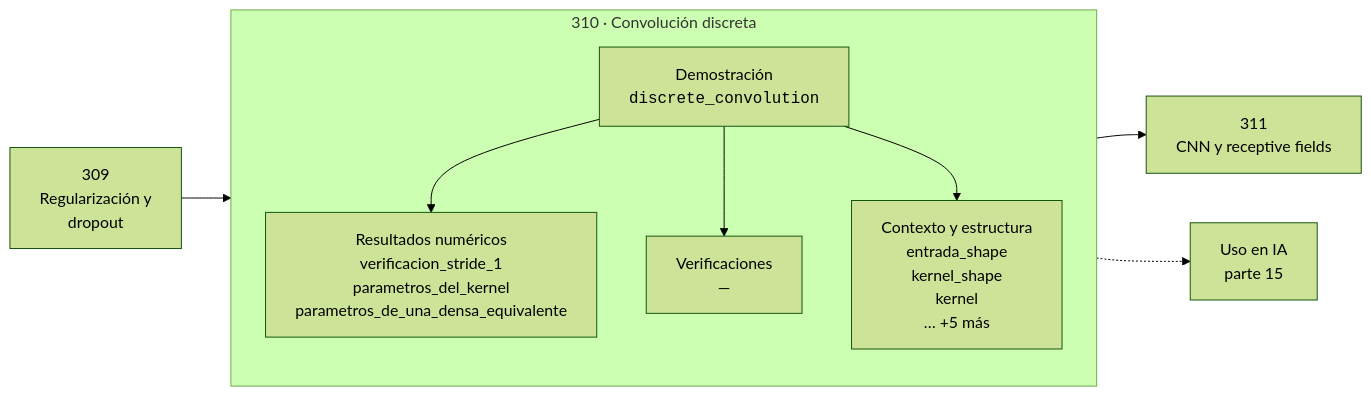
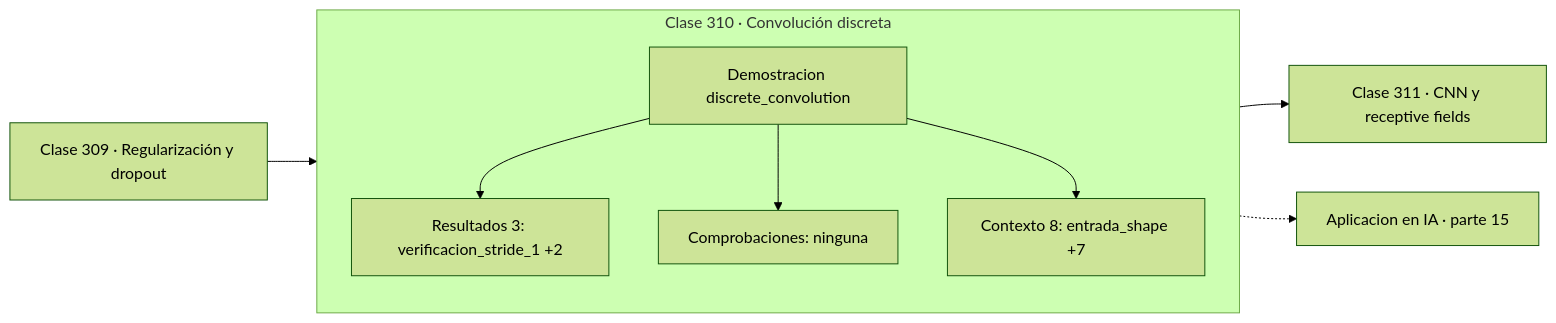
Before and after one commit to vladimiracunadev-create/computational-mathematics-program: the diagram in classes/part-15-matematica-de-deep-learning/310-convolucion-discreta/README.md, drawn with Mermaid (forest theme). The commit also changed 389 other files, not shown here.

First line of the commit message:
fix(diagramas): elimina el HTML de las etiquetas Mermaid

````diff
--- a/classes/part-15-matematica-de-deep-learning/310-convolucion-discreta/README.md
+++ b/classes/part-15-matematica-de-deep-learning/310-convolucion-discreta/README.md
@@ -30,12 +30,13 @@
 ```mermaid
 flowchart LR
-    P["309<br/>Regularización y<br/>dropout"] --> C
-    subgraph C["310 · Convolución discreta"]
+    P["Clase 309 · Regularización y dropout"] --> D
+    subgraph CLASE["Clase 310 · Convolución discreta"]
         direction TB
-        D["Demostración<br/><code>discrete_convolution</code>"] --> R["Resultados numéricos<br/>verificacion_stride_1<br/>parametros_del_kernel<br/>parametros_de_una_densa_equivalente"]
-        D --> V["Verificaciones<br/>—"]
-        D --> O["Contexto y estructura<br/>entrada_shape<br/>kernel_shape<br/>kernel<br/>… +5 más"]
+        D["Demostracion discrete_convolution"]
+        D --> R["Resultados 3: verificacion_stride_1 +2"]
+        D --> V["Comprobaciones: ninguna"]
+        D --> O["Contexto 8: entrada_shape +7"]
     end
-    C --> N["311<br/>CNN y receptive fields"]
-    C -.-> IA["Uso en IA<br/>parte 15"]
+    R --> N["Clase 311 · CNN y receptive fields"]
+    V -.-> IA["Aplicacion en IA · parte 15"]
 ```
````
